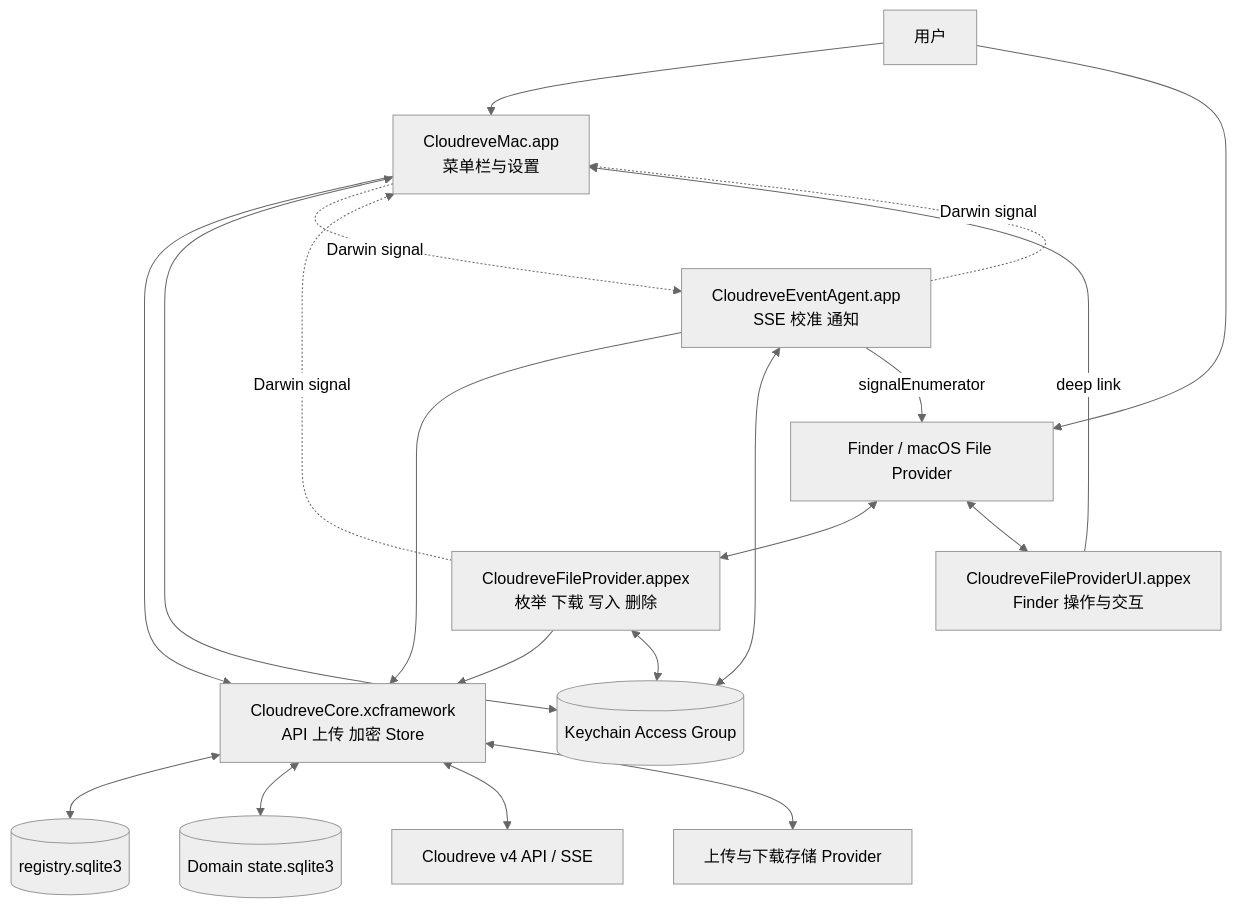
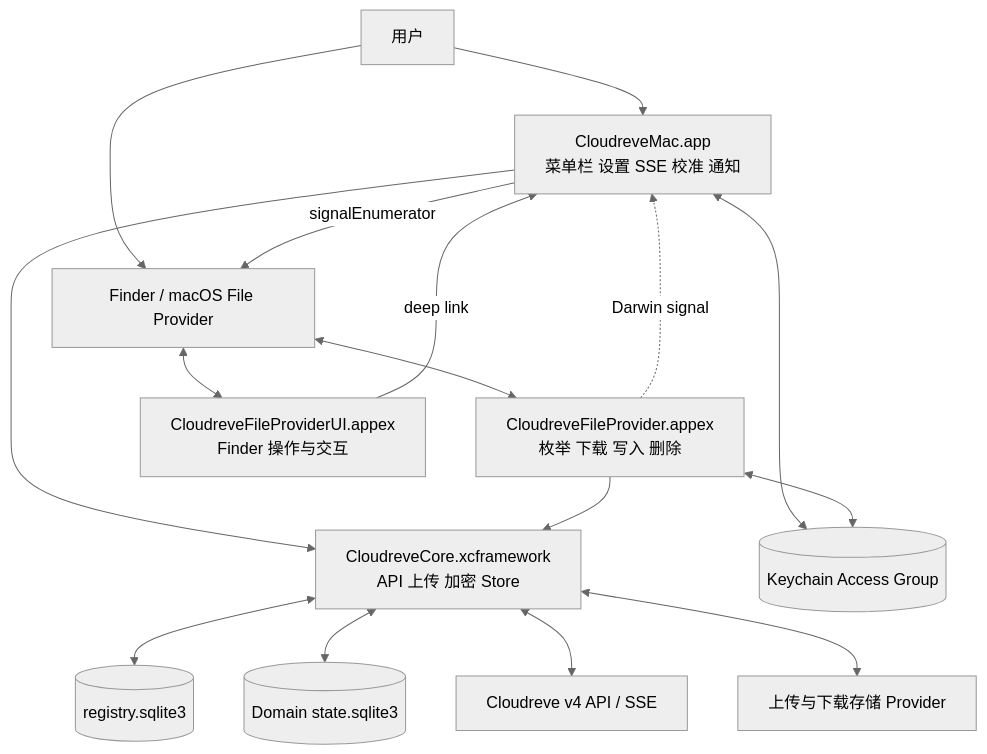
One commit to tiylabs/nimbussync changed the first of 5 diagrams in docs/02-macos-technical-architecture.md. Above: the diagram before and after it, drawn with Mermaid (neutral theme). The commit also changed other lines of this file and 1 other file, not shown here.

Commit message:
docs: 📝 Refine macOS product requirements and architecture

````diff
--- a/docs/02-macos-technical-architecture.md
+++ b/docs/02-macos-technical-architecture.md
@@ -87,35 +90,30 @@
 ```mermaid
 flowchart TB
     USER[用户]
     FINDER[Finder / macOS File Provider]
-    APP[CloudreveMac.app<br/>菜单栏与设置]
+    APP[CloudreveMac.app<br/>菜单栏 设置 SSE 校准 通知]
     FP[CloudreveFileProvider.appex<br/>枚举 下载 写入 删除]
     FPUI[CloudreveFileProviderUI.appex<br/>Finder 操作与交互]
-    AGENT[CloudreveEventAgent.app<br/>SSE 校准 通知]
     CORE[CloudreveCore.xcframework<br/>API 上传 加密 Store]
     REG[(registry.sqlite3)]
     DOMAIN[(Domain state.sqlite3)]
     KC[(Keychain Access Group)]
     SERVER[Cloudreve v4 API / SSE]
     STORAGE[上传与下载存储 Provider]
 
     USER --> APP
     USER --> FINDER
     FINDER <--> FP
     FINDER <--> FPUI
     FPUI -->|deep link| APP
     APP --> CORE
     FP --> CORE
-    AGENT --> CORE
     CORE <--> REG
     CORE <--> DOMAIN
     APP <--> KC
     FP <--> KC
-    AGENT <--> KC
     CORE <--> SERVER
     CORE <--> STORAGE
-    AGENT -->|signalEnumerator| FINDER
-    APP -. Darwin signal .-> AGENT
+    APP -->|signalEnumerator| FINDER
     FP -. Darwin signal .-> APP
-    AGENT -. Darwin signal .-> APP
 ```
````
